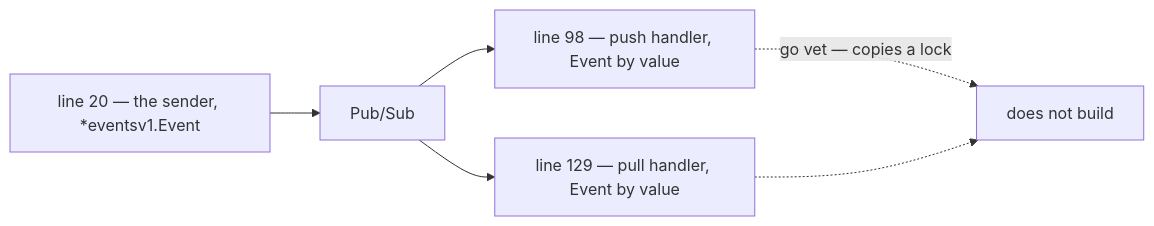
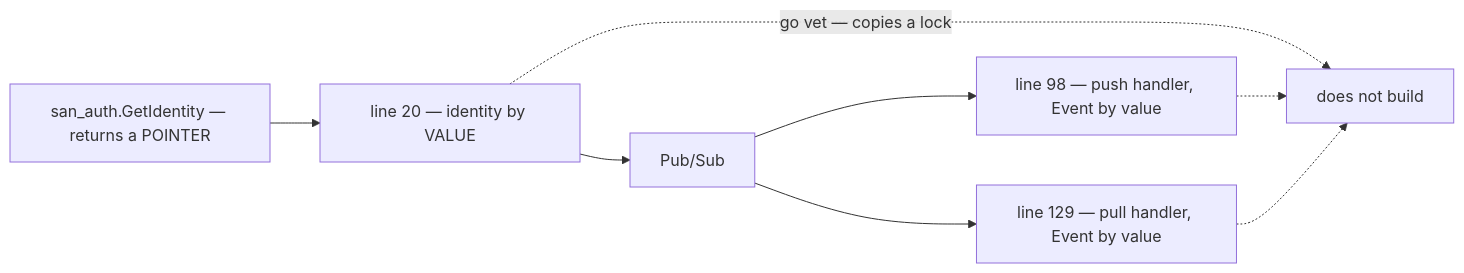
The fourth of 13 diagrams in docs/technical/event_architecture/context_clarify.md (pdcgo/warehouse_revamp), drawn with Mermaid before and after one commit. The commit also changed other lines of this file and 4 other files, not shown here.

First line of the commit message:
event architecture: eleven decisions, and no open questions left

````diff
--- a/docs/technical/event_architecture/context_clarify.md
+++ b/docs/technical/event_architecture/context_clarify.md
@@ -261,8 +384,10 @@
 ```mermaid
 flowchart LR
-  S["line 20 — the sender, *eventsv1.Event"] --> B["Pub/Sub"]
+  G["san_auth.GetIdentity — returns a POINTER"] --> S["line 20 — identity by VALUE"]
+  S -.->|"go vet — copies a lock"| X["does not build"]
+  S --> B["Pub/Sub"]
   B --> H1["line 98 — push handler, Event by value"]
   B --> H2["line 129 — pull handler, Event by value"]
-  H1 -.->|"go vet — copies a lock"| X["does not build"]
+  H1 -.-> X
   H2 -.-> X
 ```
````
